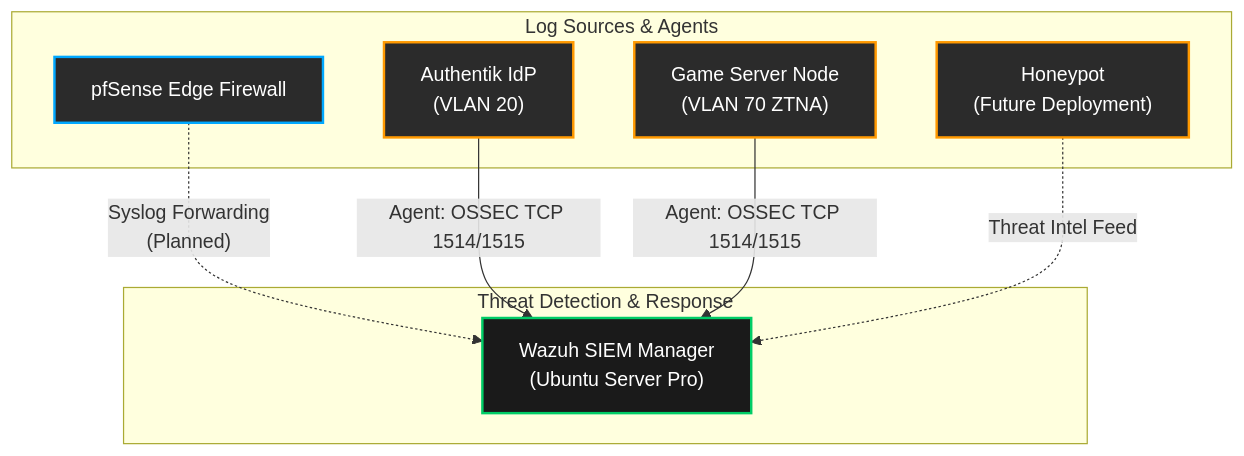
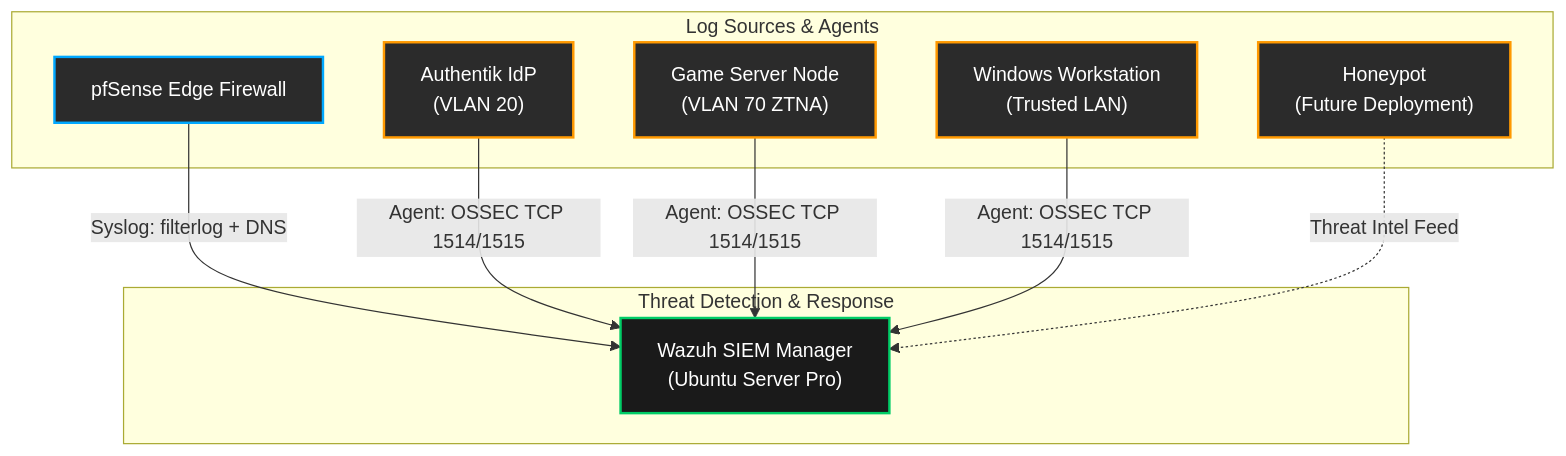
The diagram in security/wazuh.md (gurvinny/home-network-lab), drawn with Mermaid before and after one commit. The commit also changed other lines of this file and 1 other file, not shown here.

First line of the commit message:
docs: mark pfSense syslog forwarding live and document agent coverage

````diff
--- a/security/wazuh.md
+++ b/security/wazuh.md
@@ -30,23 +30,25 @@
 ```mermaid
 graph TD
     %% Styling for dark hacker theme
     classDef siem fill:#1a1a1a,stroke:#00cc66,stroke-width:2px,color:#ffffff
     classDef fw fill:#2b2b2b,stroke:#00a8ff,stroke-width:2px,color:#ffffff
     classDef vm fill:#2b2b2b,stroke:#ff9900,stroke-width:2px,color:#ffffff
 
     subgraph "Threat Detection & Response"
         WAZUH["Wazuh SIEM Manager<br/>(Ubuntu Server Pro)"]:::siem
     end
 
     subgraph "Log Sources & Agents"
         FW["pfSense Edge Firewall"]:::fw
         AUTH["Authentik IdP<br/>(VLAN 20)"]:::vm
         GAME["Game Server Node<br/>(VLAN 70 ZTNA)"]:::vm
+        WKS["Windows Workstation<br/>(Trusted LAN)"]:::vm
         HONEY["Honeypot<br/>(Future Deployment)"]:::vm
     end
 
-    FW -.->|"Syslog Forwarding<br/>(Planned)"| WAZUH
+    FW -->|"Syslog: filterlog + DNS"| WAZUH
     AUTH -->|"Agent: OSSEC TCP 1514/1515"| WAZUH
     GAME -->|"Agent: OSSEC TCP 1514/1515"| WAZUH
+    WKS -->|"Agent: OSSEC TCP 1514/1515"| WAZUH
     HONEY -.->|"Threat Intel Feed"| WAZUH
 ```
````
